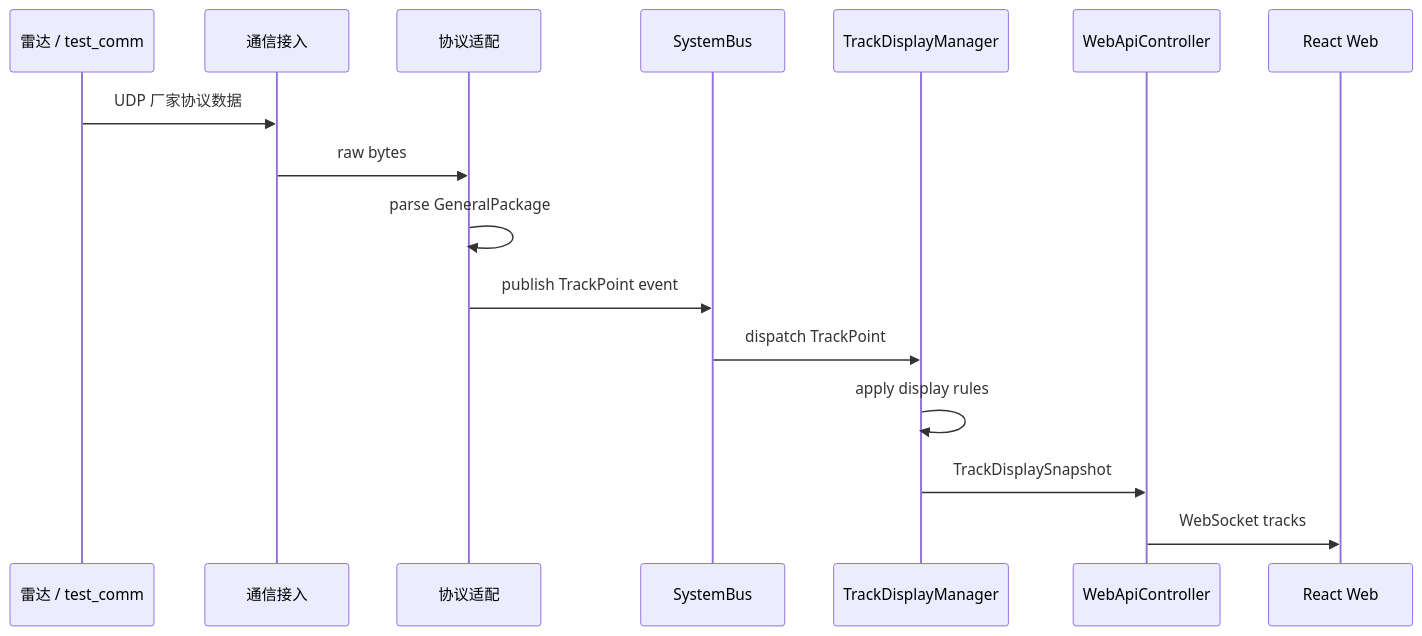
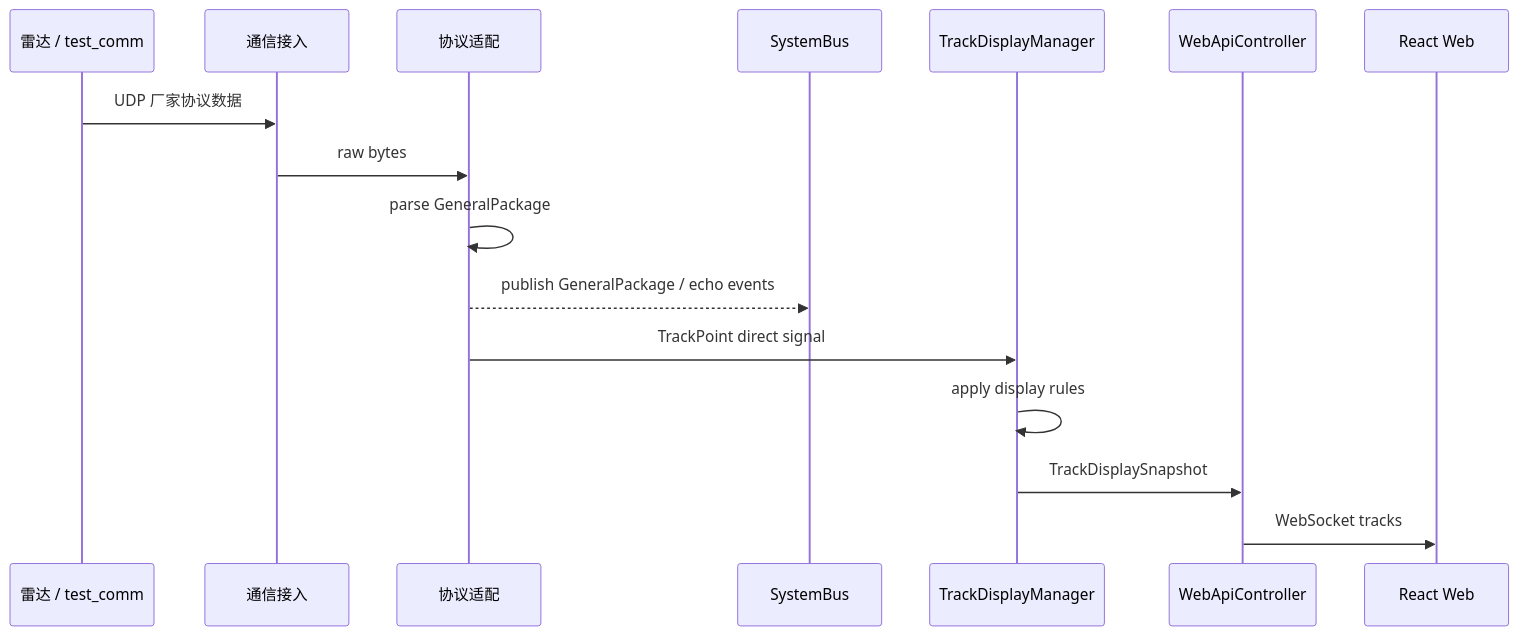
The first of 5 diagrams in doc/architecture/05-核心流程.md (YoungL524/newAnti_arch), drawn with Mermaid before and after one commit. The commit also changed other lines of this file and 6 other files, not shown here.

Commit message:
codex修改完架构图并重新写了review文档

````diff
--- a/doc/architecture/05-核心流程.md
+++ b/doc/architecture/05-核心流程.md
@@ -8,19 +8,19 @@
 ```mermaid
 sequenceDiagram
     participant Radar as 雷达 / test_comm
     participant Comm as 通信接入
     participant Adapter as 协议适配
     participant Bus as SystemBus
     participant Track as TrackDisplayManager
     participant API as WebApiController
     participant UI as React Web
 
     Radar->>Comm: UDP 厂家协议数据
     Comm->>Adapter: raw bytes
     Adapter->>Adapter: parse GeneralPackage
-    Adapter->>Bus: publish TrackPoint event
-    Bus->>Track: dispatch TrackPoint
+    Adapter-->>Bus: publish GeneralPackage / echo events
+    Adapter->>Track: TrackPoint direct signal
     Track->>Track: apply display rules
     Track->>API: TrackDisplaySnapshot
     API->>UI: WebSocket tracks
 ```
````
